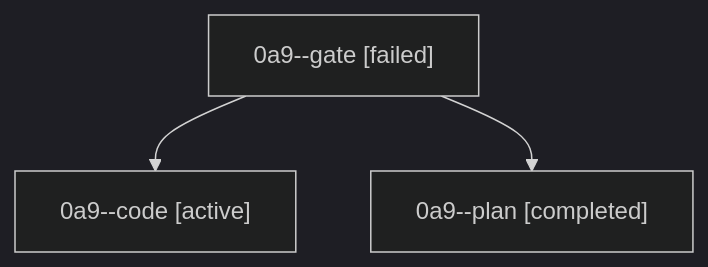
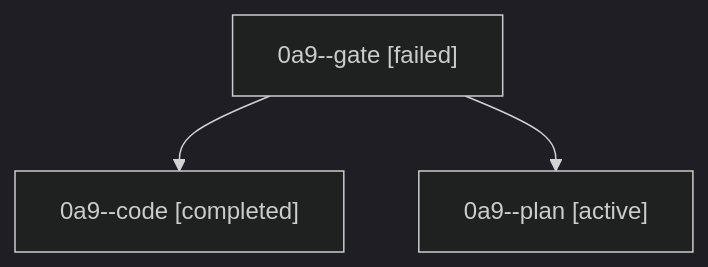
Before and after one commit to sase-org/sase--agents: the diagram in families/bbugyi200.athena.0a9.md, drawn with Mermaid (dark theme). The commit also changed other lines of this file and 35830 other files, not shown here.

````diff
--- a/families/bbugyi200.athena.0a9.md
+++ b/families/bbugyi200.athena.0a9.md
@@ -9,8 +9,8 @@
 ```mermaid
 flowchart TD
   n0["0a9--gate [failed]"]
-  n1["0a9--code [active]"]
+  n1["0a9--code [completed]"]
   n0 --> n1
-  n2["0a9--plan [completed]"]
+  n2["0a9--plan [active]"]
   n0 --> n2
 ```
````
